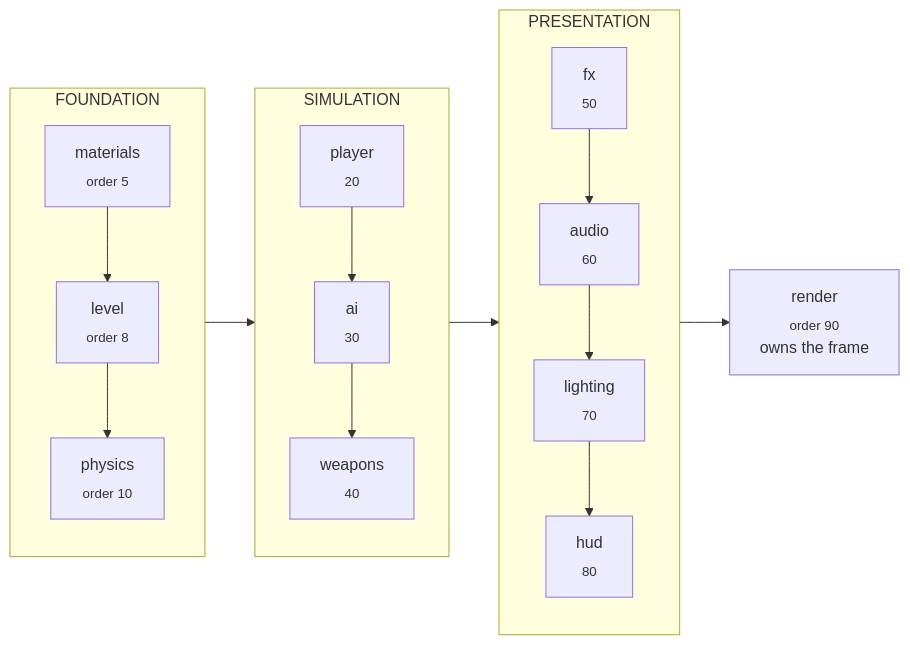
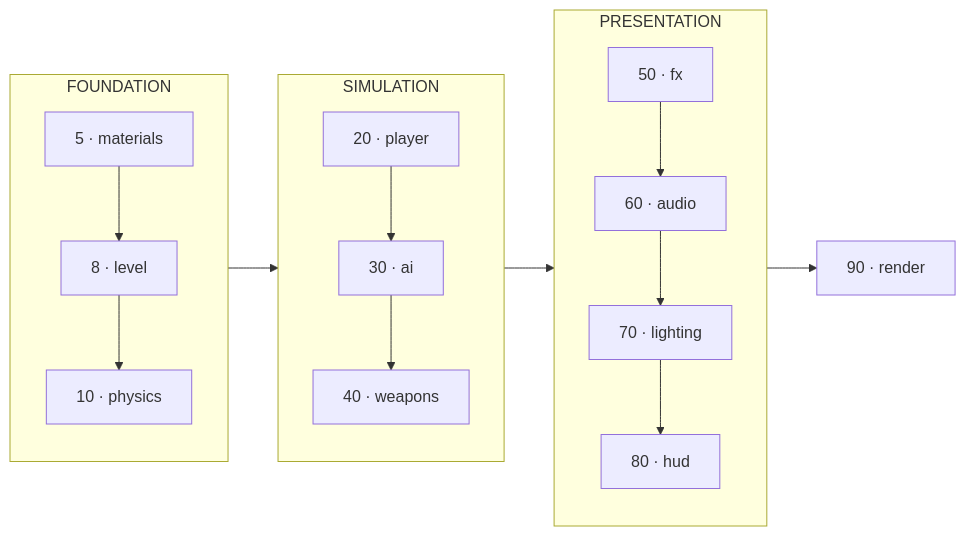
One commit to rushindrasinha/operation-blackout changed the first of 3 diagrams in README.md. Above: the diagram before and after it, drawn with Mermaid. The commit also changed other lines of this file, not shown here.

First line of the commit message:
Fix clipped Mermaid node labels

````diff
--- a/README.md
+++ b/README.md
@@ -147,16 +147,16 @@
 ```mermaid
 flowchart LR
-    subgraph FOUND [" FOUNDATION "]
+    subgraph FOUND ["FOUNDATION"]
         direction TB
-        M[materials<br/><sub>order 5</sub>] --> L[level<br/><sub>order 8</sub>] --> P[physics<br/><sub>order 10</sub>]
+        M["5 · materials"] --> L["8 · level"] --> P["10 · physics"]
     end
-    subgraph SIM [" SIMULATION "]
+    subgraph SIM ["SIMULATION"]
         direction TB
-        PL[player<br/><sub>20</sub>] --> AI[ai<br/><sub>30</sub>] --> W[weapons<br/><sub>40</sub>]
+        PL["20 · player"] --> AI["30 · ai"] --> W["40 · weapons"]
     end
-    subgraph PRES [" PRESENTATION "]
+    subgraph PRES ["PRESENTATION"]
         direction TB
-        FX[fx<br/><sub>50</sub>] --> A[audio<br/><sub>60</sub>] --> LI[lighting<br/><sub>70</sub>] --> H[hud<br/><sub>80</sub>]
+        FX["50 · fx"] --> A["60 · audio"] --> LI["70 · lighting"] --> H["80 · hud"]
     end
-    FOUND --> SIM --> PRES --> R[render<br/><sub>order 90</sub><br/>owns the frame]
+    FOUND --> SIM --> PRES --> R["90 · render"]
 ```
````
